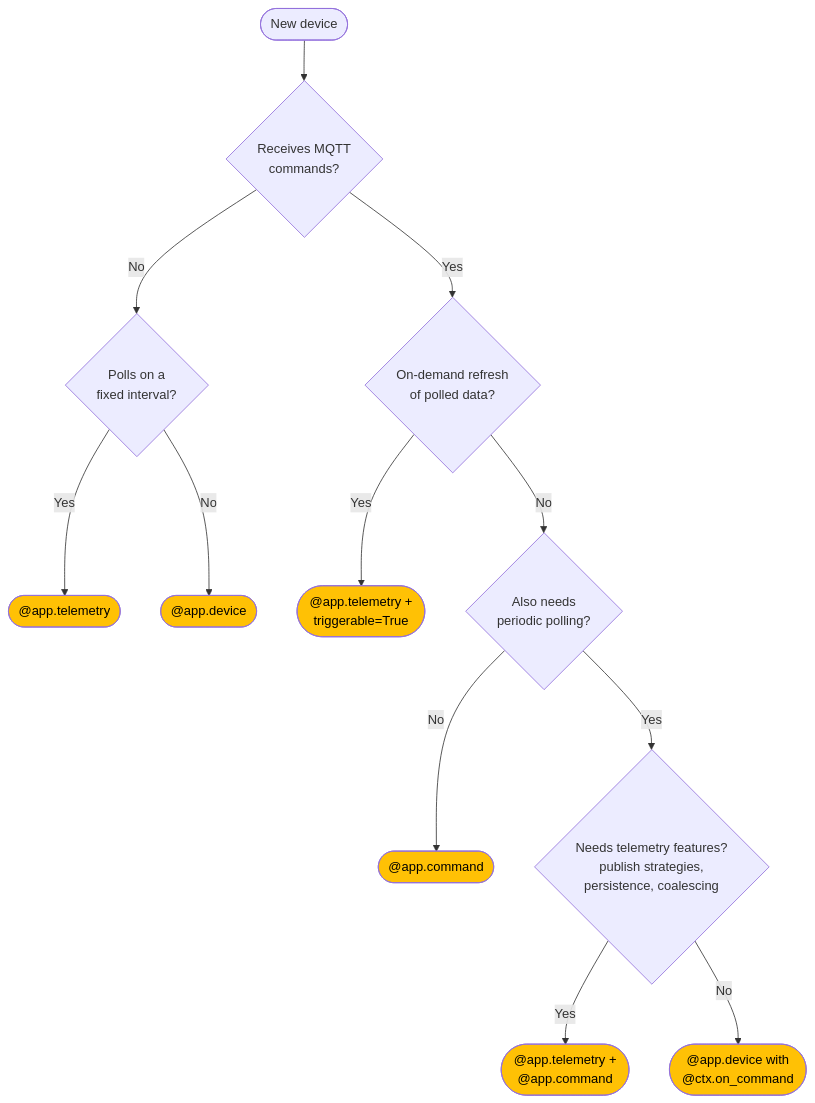
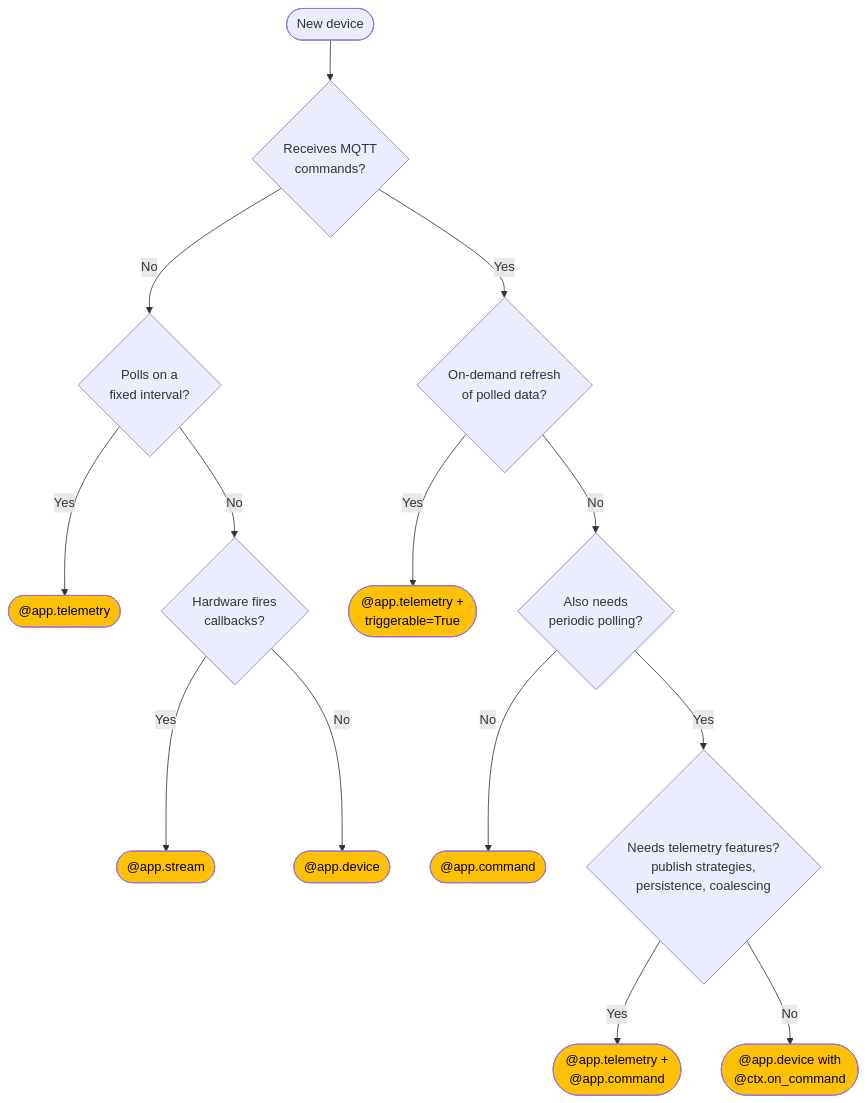
Before and after one commit to ff-fab/cosalette: the fourth of 4 diagrams in docs/concepts/device-archetypes.md, drawn with Mermaid. The commit also changed other lines of this file and 12 other files, not shown here.

First line of the commit message:
feat: implement @app.stream decorator with full lifecycle integration (#252)

````diff
--- a/docs/concepts/device-archetypes.md
+++ b/docs/concepts/device-archetypes.md
@@ -321,23 +322,26 @@
 ```mermaid
 graph TD
     Start([New device]) --> Q1{Receives MQTT<br/>commands?}
 
     Q1 -->|No| Q2{Polls on a<br/>fixed interval?}
     Q2 -->|Yes| T(["@app.telemetry"])
-    Q2 -->|No| D1(["@app.device"])
+    Q2 -->|No| Q2b{Hardware fires<br/>callbacks?}
+    Q2b -->|Yes| S(["@app.stream"])
+    Q2b -->|No| D1(["@app.device"])
 
     Q1 -->|Yes| Q1a{On-demand refresh<br/>of polled data?}
     Q1a -->|Yes| TT(["@app.telemetry +<br/>triggerable=True"])
     Q1a -->|No| Q3{Also needs<br/>periodic polling?}
     Q3 -->|No| C(["@app.command"])
     Q3 -->|Yes| Q4{Needs telemetry features?<br/>publish strategies,<br/>persistence, coalescing}
     Q4 -->|Yes| TC(["@app.telemetry +<br/>@app.command"])
     Q4 -->|No| D2(["@app.device with<br/>@ctx.on_command"])
 
     style T fill:#FFC105,color:#000000
     style D1 fill:#FFC105,color:#000000
     style C fill:#FFC105,color:#000000
     style TT fill:#FFC105,color:#000000
     style TC fill:#FFC105,color:#000000
     style D2 fill:#FFC105,color:#000000
+    style S fill:#FFC105,color:#000000
 ```
````
